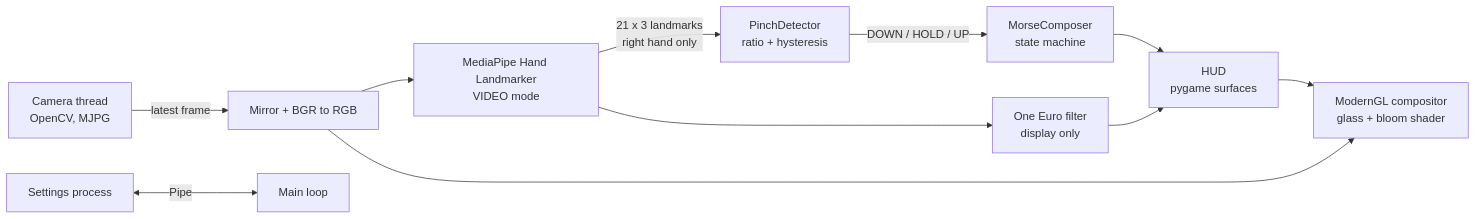
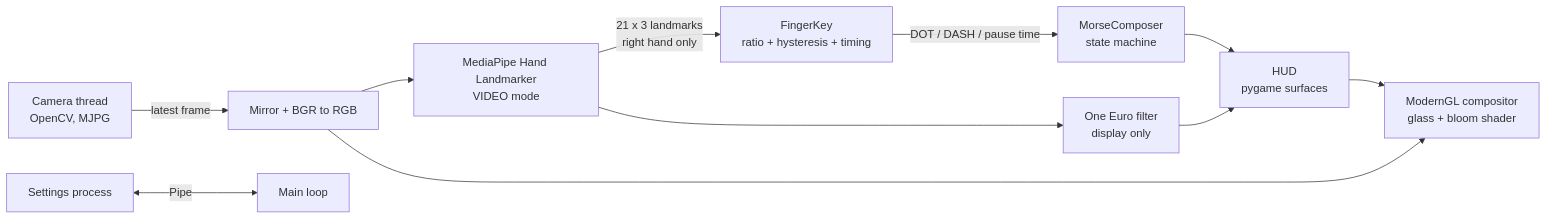
The diagram in README.md (trungsyd2409/AI_computer_vision_morse_coding), drawn with Mermaid before and after one commit. The commit also changed other lines of this file and 9 other files, not shown here.

````diff
--- a/README.md
+++ b/README.md
@@ -166,13 +170,13 @@
 ```mermaid
 flowchart LR
     A[Camera thread<br/>OpenCV, MJPG] -->|latest frame| B[Mirror + BGR to RGB]
     B --> C[MediaPipe Hand Landmarker<br/>VIDEO mode]
-    C -->|21 x 3 landmarks<br/>right hand only| D[PinchDetector<br/>ratio + hysteresis]
+    C -->|21 x 3 landmarks<br/>right hand only| D[FingerKey<br/>ratio + hysteresis + timing]
     C --> E[One Euro filter<br/>display only]
-    D -->|DOWN / HOLD / UP| F[MorseComposer<br/>state machine]
+    D -->|DOT / DASH / pause time| F[MorseComposer<br/>state machine]
     F --> G[HUD<br/>pygame surfaces]
     E --> G
     G --> H[ModernGL compositor<br/>glass + bloom shader]
     B --> H
     I[Settings process] <-->|Pipe| J[Main loop]
 ```
````
